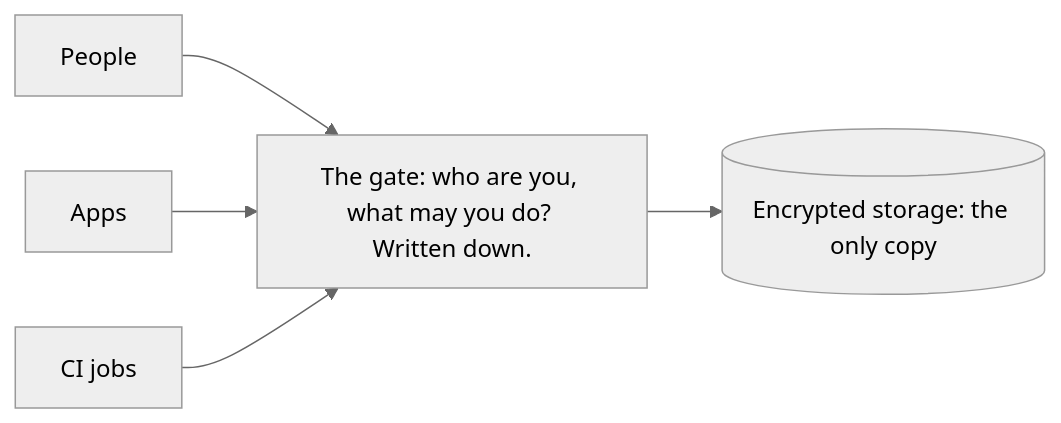
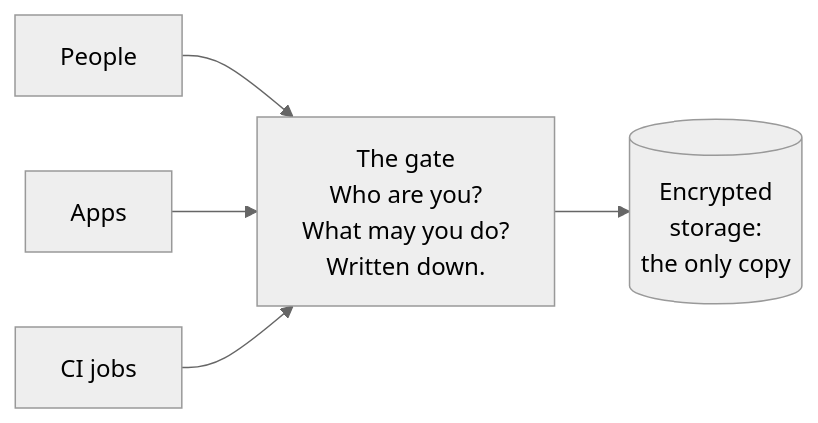
Before and after one commit to fiddler110/GitOps_Dojo: the third of 22 diagrams in workshops/vault-fundamentals/content/slides/presentation.md, drawn with Mermaid (neutral theme). The commit also changed other lines of this file and 7 other files, not shown here.

```diff
--- a/workshops/vault-fundamentals/content/slides/presentation.md
+++ b/workshops/vault-fundamentals/content/slides/presentation.md
@@ -254,7 +254,7 @@
 <div class="mermaid">
 flowchart LR
   p["People"] --> gate
   a["Apps"] --> gate
   c["CI jobs"] --> gate
-  gate["The gate: who are you, what may you do? Written down."] --> store[("Encrypted storage: the only copy")]
+  gate["The gate<br/>Who are you?<br/>What may you do?<br/>Written down."] --> store[("Encrypted<br/>storage:<br/>the only copy")]
 </div>
```
